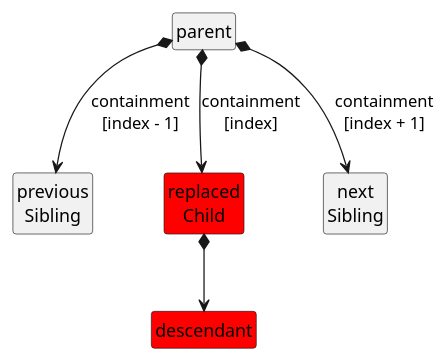
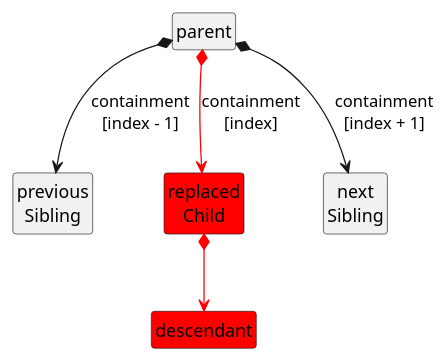
Before and after one commit to LionWeb-io/specification: diagram 24 of 36 in delta/delta-api.adoc, drawn with PlantUML. The commit also changed other lines of this file, not shown here.

Commit message:
more red/blue colors in diagrams

```diff
--- a/delta/delta-api.adoc
+++ b/delta/delta-api.adoc
@@ -839,19 +839,19 @@
 [plantuml,replaceChild-before,svg]
 ----
 hide empty members
 hide circles
 
 class parent
 
 class "previous\nSibling" as previousSibling
 class "replaced\nChild" as replacedChild #red
 class "next\nSibling" as nextSibling
 
 class descendant #red
 
 parent *--> previousSibling: containment\n[index - 1]
-parent *--> replacedChild: containment\n[index]
+parent *--> replacedChild #red: containment\n[index]
 parent *--> nextSibling: containment\n[index + 1]
 
-replacedChild *--> descendant
+replacedChild *--> descendant #red
 ----
```
